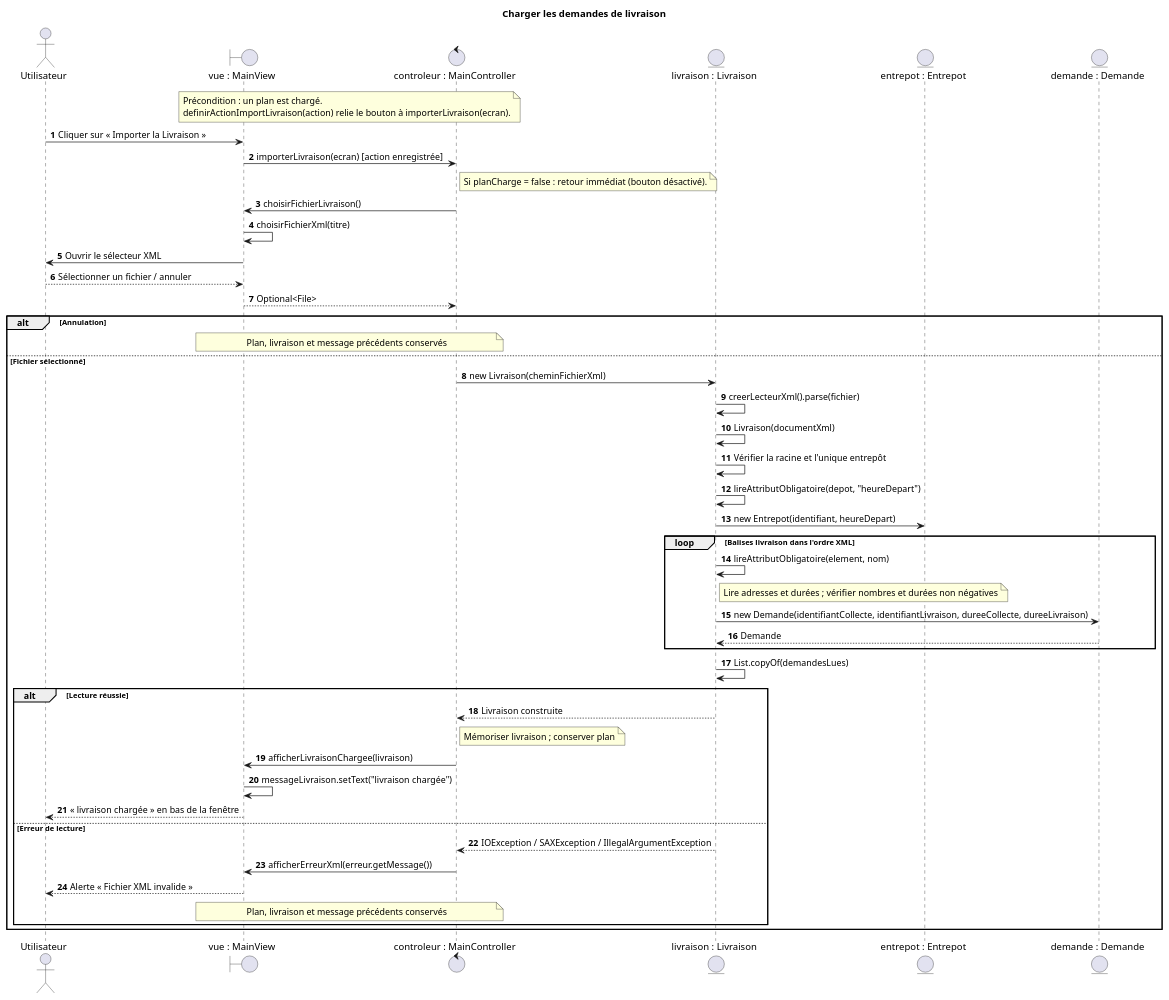
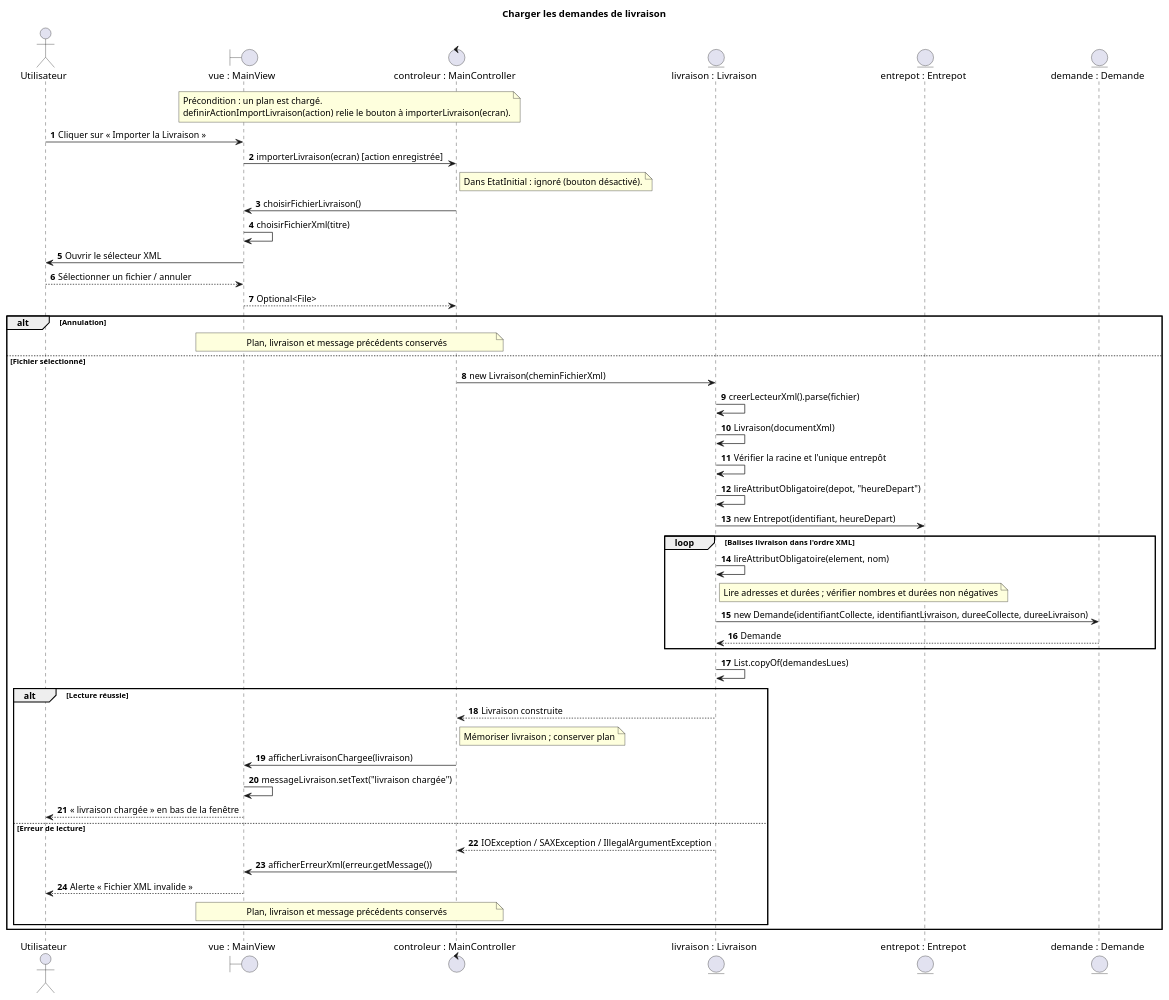
One commit to tristanhp/Optimod-Lyon changed the diagram in docs/diagrams/sequence-chargement-livraison.puml. Above: the diagram before and after it, drawn with PlantUML. The commit also changed 21 other files, not shown here.

```diff
--- a/docs/diagrams/sequence-chargement-livraison.puml
+++ b/docs/diagrams/sequence-chargement-livraison.puml
@@ -1,51 +1,51 @@
 @startuml sequence-chargement-livraison
 title Charger les demandes de livraison
 autonumber
 actor Utilisateur as U
 boundary "vue : MainView" as V
 control "controleur : MainController" as C
 entity "livraison : Livraison" as L
 entity "entrepot : Entrepot" as E
 entity "demande : Demande" as D
 note over V,C
 Précondition : un plan est chargé.
 definirActionImportLivraison(action) relie le bouton à importerLivraison(ecran).
 end note
 U -> V : Cliquer sur « Importer la Livraison »
 V -> C : importerLivraison(ecran) [action enregistrée]
-note right of C : Si planCharge = false : retour immédiat (bouton désactivé).
+note right of C : Dans EtatInitial : ignoré (bouton désactivé).
 C -> V : choisirFichierLivraison()
 V -> V : choisirFichierXml(titre)
 V -> U : Ouvrir le sélecteur XML
 U --> V : Sélectionner un fichier / annuler
 V --> C : Optional<File>
 alt Annulation
   note over V,C : Plan, livraison et message précédents conservés
 else Fichier sélectionné
   C -> L : new Livraison(cheminFichierXml)
   L -> L : creerLecteurXml().parse(fichier)
   L -> L : Livraison(documentXml)
   L -> L : Vérifier la racine et l'unique entrepôt
   L -> L : lireAttributObligatoire(depot, "heureDepart")
   L -> E : new Entrepot(identifiant, heureDepart)
   loop Balises livraison dans l'ordre XML
     L -> L : lireAttributObligatoire(element, nom)
     note right of L : Lire adresses et durées ; vérifier nombres et durées non négatives
     L -> D : new Demande(identifiantCollecte, identifiantLivraison, dureeCollecte, dureeLivraison)
     D --> L : Demande
   end
   L -> L : List.copyOf(demandesLues)
   alt Lecture réussie
     L --> C : Livraison construite
     note right of C : Mémoriser livraison ; conserver plan
     C -> V : afficherLivraisonChargee(livraison)
     V -> V : messageLivraison.setText("livraison chargée")
     V --> U : « livraison chargée » en bas de la fenêtre
   else Erreur de lecture
     L --> C : IOException / SAXException / IllegalArgumentException
     C -> V : afficherErreurXml(erreur.getMessage())
     V --> U : Alerte « Fichier XML invalide »
     note over V,C : Plan, livraison et message précédents conservés
   end
 end
 @enduml
```
